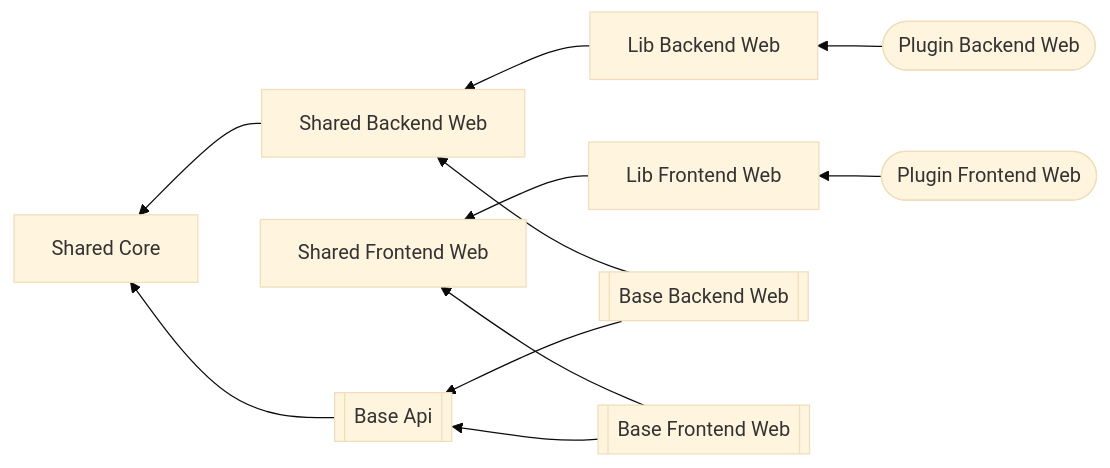
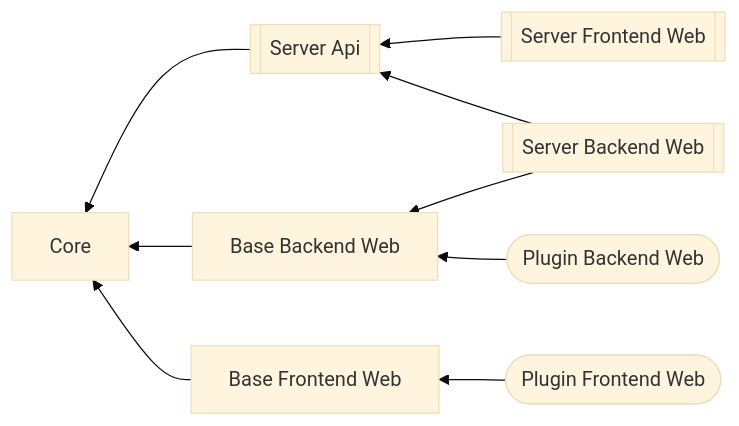
Before and after one commit to CompleteInformation/Core: the diagram in README.md, drawn with Mermaid (base theme). The commit also changed 24 other files, not shown here.

````diff
--- a/README.md
+++ b/README.md
@@ -8,24 +8,20 @@
 ```mermaid
 graph RL;
-    SC[Shared Core]
-    SBW[Shared Backend Web]
-    SFW[Shared Frontend Web]
-    LBW[Lib Backend Web]
-    LFW[Lib Frontend Web]
-    BA[[Base Api]]
-    BBW[[Base Backend Web]]
-    BFW[[Base Frontend Web]]
+    C[Core]
+    BBW[Base Backend Web]
+    BFW[Base Frontend Web]
+    SA[[Server Api]]
+    SBW[[Server Backend Web]]
+    SFW[[Server Frontend Web]]
     PFW([Plugin Frontend Web])
     PBW([Plugin Backend Web])
 
-    BA --> SC
-    SBW --> SC
-    BBW --> BA
-    BFW --> BA
-    BBW --> SBW
-    LBW --> SBW
-    LFW --> SFW
-    BFW --> SFW
-    PFW --> LFW
-    PBW --> LBW
+    SA --> C
+    SFW --> SA
+    SBW --> SA
+    BBW --> C
+    BFW --> C
+    SBW --> BBW
+    PFW --> BFW
+    PBW --> BBW
 ```
````
